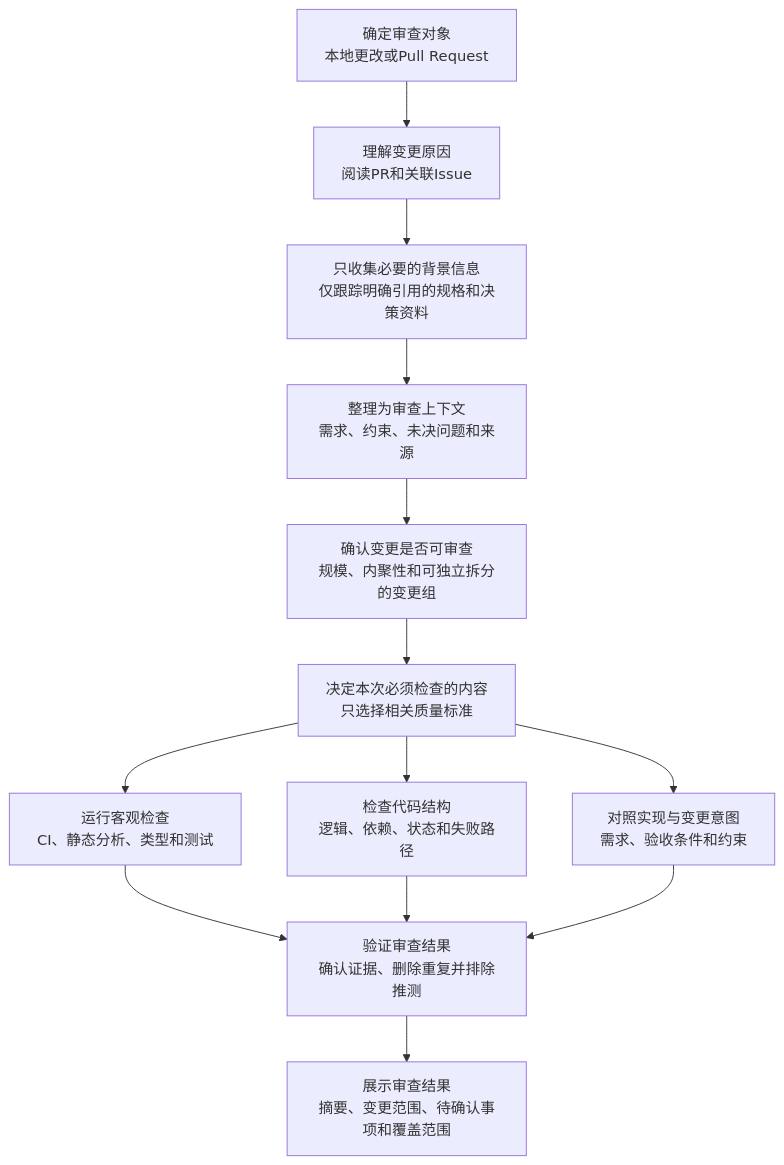
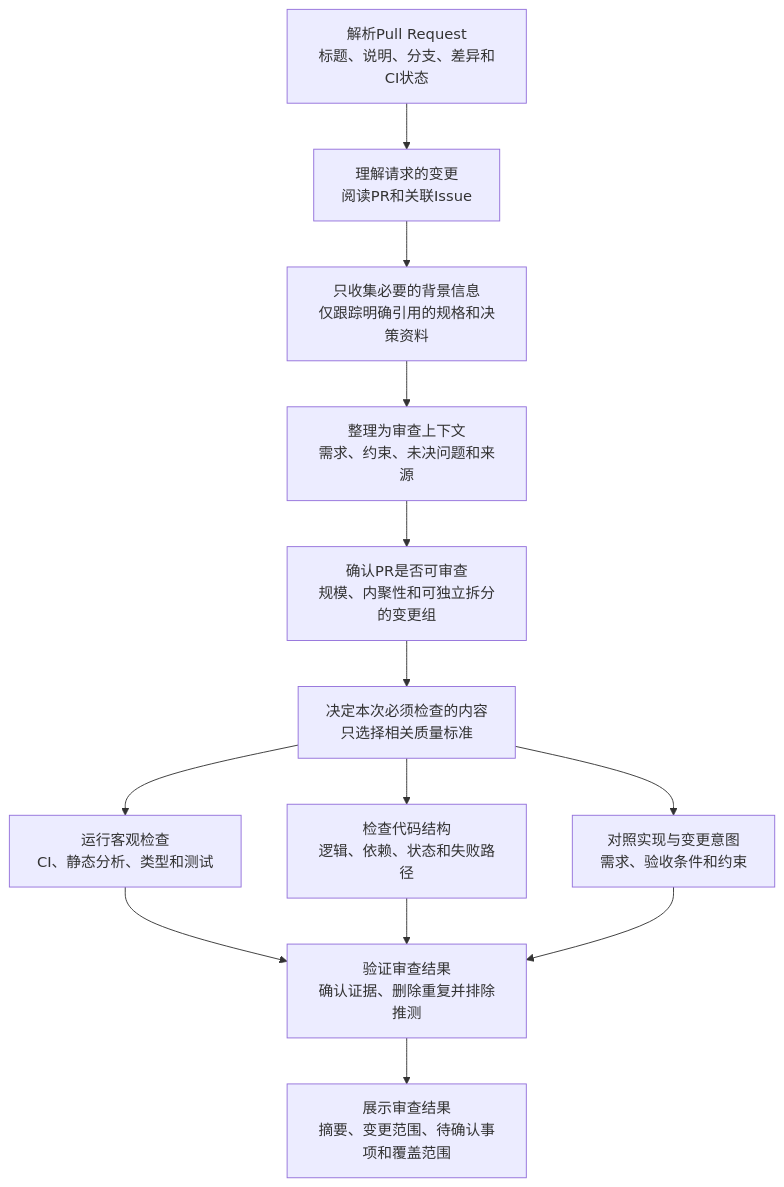
One commit to takuto-san/review changed the second of 2 diagrams in README.zh-CN.md. Above: the diagram before and after it, drawn with Mermaid. The commit also changed other lines of this file and 20 other files, not shown here.

````diff
--- a/README.zh-CN.md
+++ b/README.zh-CN.md
@@ -17,17 +45,17 @@
 ```mermaid
 flowchart TD
-    A[确定审查对象<br/>本地更改或Pull Request] --> B[理解变更原因<br/>阅读PR和关联Issue]
+    A[解析Pull Request<br/>标题、说明、分支、差异和CI状态] --> B[理解请求的变更<br/>阅读PR和关联Issue]
     B --> C[只收集必要的背景信息<br/>仅跟踪明确引用的规格和决策资料]
     C --> D[整理为审查上下文<br/>需求、约束、未决问题和来源]
-    D --> E[确认变更是否可审查<br/>规模、内聚性和可独立拆分的变更组]
+    D --> E[确认PR是否可审查<br/>规模、内聚性和可独立拆分的变更组]
     E --> F[决定本次必须检查的内容<br/>只选择相关质量标准]
 
     F --> G1[运行客观检查<br/>CI、静态分析、类型和测试]
     F --> G2[检查代码结构<br/>逻辑、依赖、状态和失败路径]
     F --> G3[对照实现与变更意图<br/>需求、验收条件和约束]
 
     G1 --> H[验证审查结果<br/>确认证据、删除重复并排除推测]
     G2 --> H
     G3 --> H
     H --> I[展示审查结果<br/>摘要、变更范围、待确认事项和覆盖范围]
 ```
````
